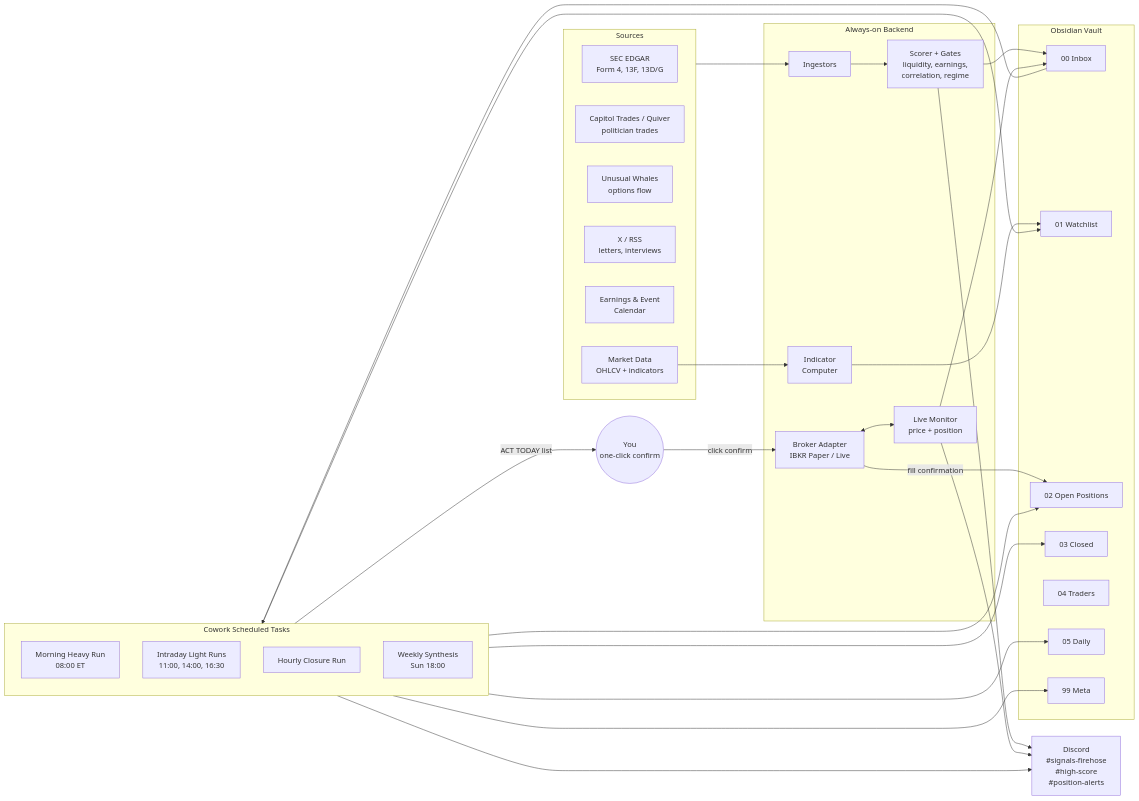
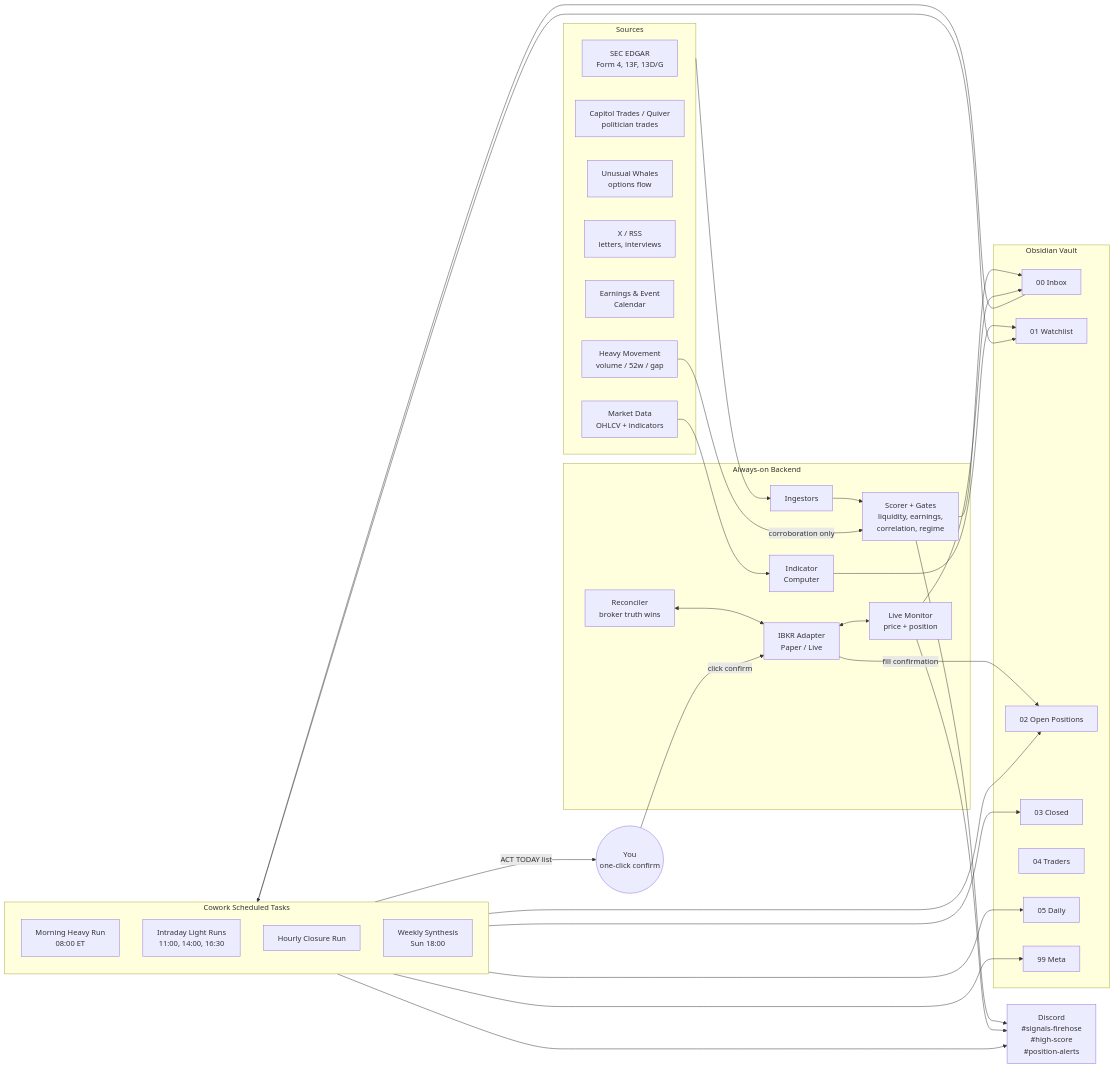
One commit to saambaby/bedcrock changed the diagram in bedcrock-plan.md. Above: the diagram before and after it, drawn with Mermaid. The commit also changed other lines of this file and 4 other files, not shown here.

````diff
--- a/bedcrock-plan.md
+++ b/bedcrock-plan.md
@@ -49,52 +58,56 @@
 ```mermaid
 flowchart LR
     subgraph Sources
         A1[SEC EDGAR<br/>Form 4, 13F, 13D/G]
         A2[Capitol Trades / Quiver<br/>politician trades]
         A3[Unusual Whales<br/>options flow]
         A4[X / RSS<br/>letters, interviews]
         A5[Earnings & Event<br/>Calendar]
         A6[Market Data<br/>OHLCV + indicators]
+        A7[Heavy Movement<br/>volume / 52w / gap]
     end
 
     subgraph Backend [Always-on Backend]
         B1[Ingestors]
         B2[Scorer + Gates<br/>liquidity, earnings,<br/>correlation, regime]
         B3[Live Monitor<br/>price + position]
-        B4[Broker Adapter<br/>IBKR Paper / Live]
+        B4[IBKR Adapter<br/>Paper / Live]
         B5[Indicator<br/>Computer]
+        B6[Reconciler<br/>broker truth wins]
     end
 
     subgraph Vault [Obsidian Vault]
         V1[00 Inbox]
         V2[01 Watchlist]
         V3[02 Open Positions]
         V4[03 Closed]
         V5[04 Traders]
         V6[05 Daily]
         V7[99 Meta]
     end
 
     subgraph Cowork [Cowork Scheduled Tasks]
         C1[Morning Heavy Run<br/>08:00 ET]
         C2[Intraday Light Runs<br/>11:00, 14:00, 16:30]
         C3[Hourly Closure Run]
         C4[Weekly Synthesis<br/>Sun 18:00]
     end
 
     Discord[Discord<br/>#signals-firehose<br/>#high-score<br/>#position-alerts]
     Human((You<br/>one-click confirm))
 
     Sources --> B1 --> B2 --> V1
     A6 --> B5 --> V2
+    A7 -- "corroboration only" --> B2
     B2 --> Discord
     B3 --> V1
     B3 --> Discord
     B4 <--> B3
+    B6 <--> B4
     V1 --> Cowork
     Cowork --> V2 & V3 & V4 & V6 & V7
     Cowork --> Discord
     Cowork -- "ACT TODAY list" --> Human
     Human -- "click confirm" --> B4
     B4 -- "fill confirmation" --> V3
 ```
````
